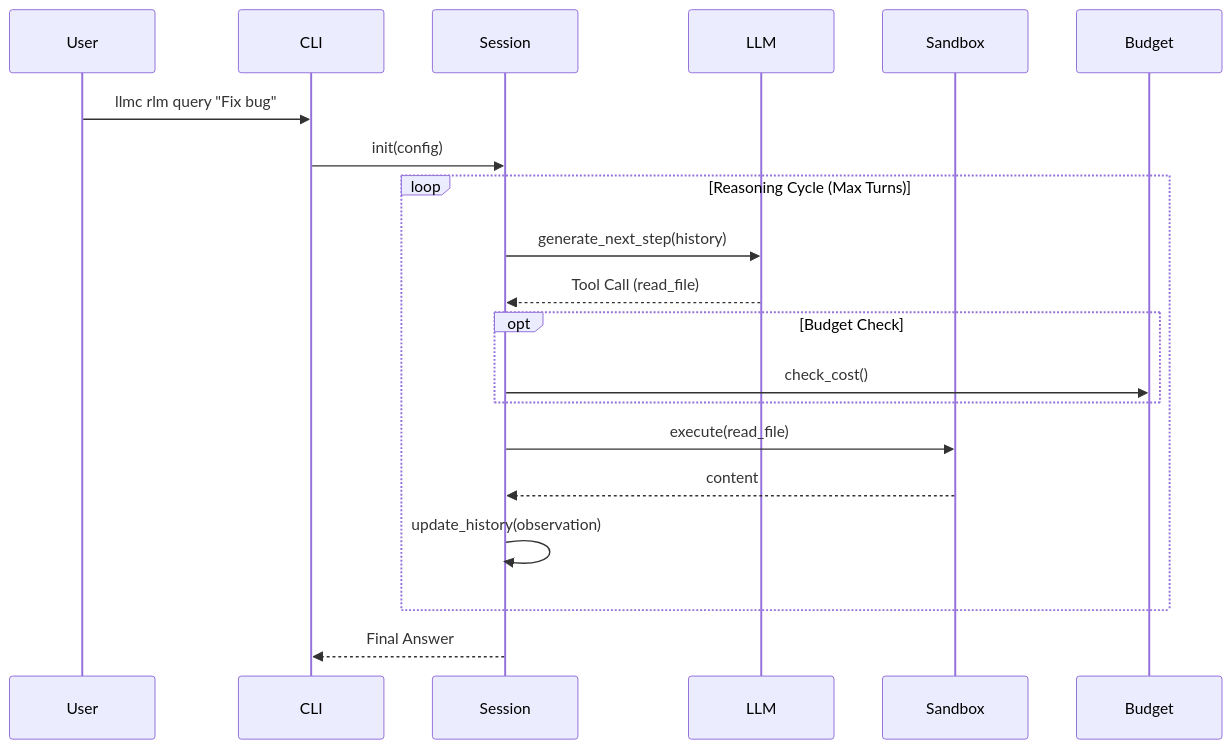
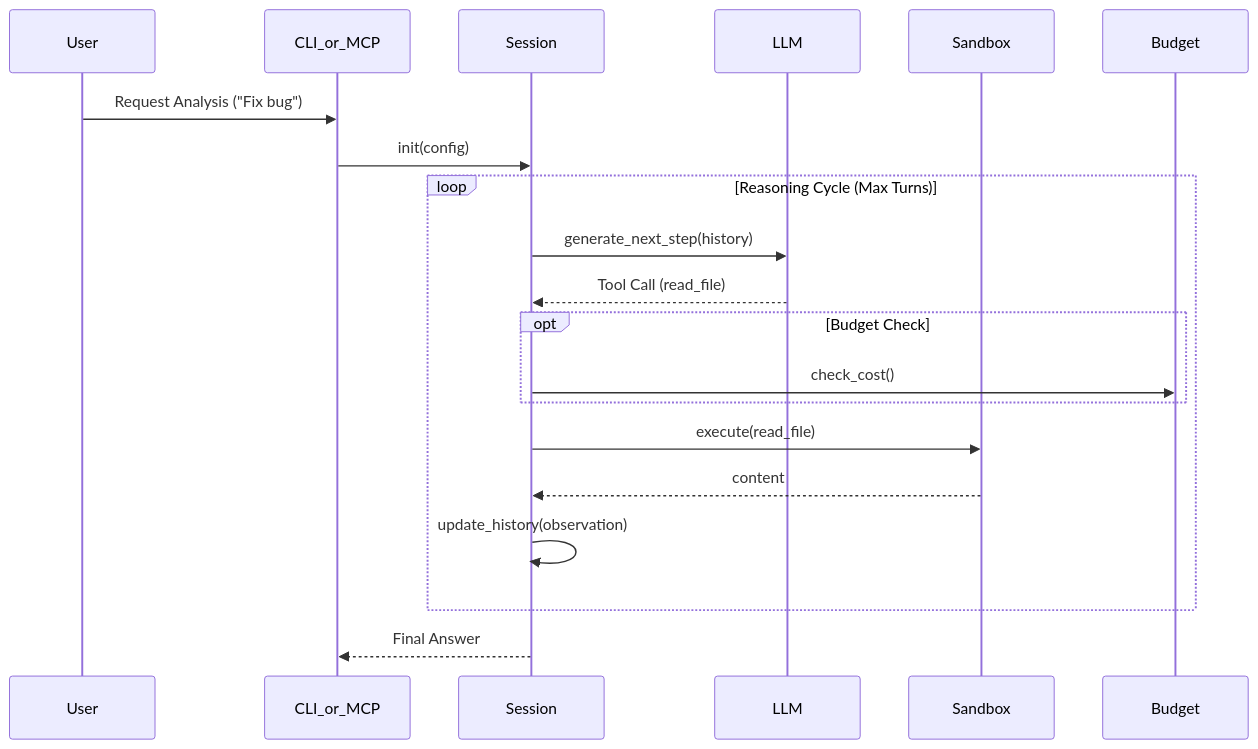
Before and after one commit to vmlinuzx/llmc: the diagram in DOCS/architecture/RLM_Architecture.md, drawn with Mermaid. The commit also changed other lines of this file and 133 other files, not shown here.

````diff
--- a/DOCS/architecture/RLM_Architecture.md
+++ b/DOCS/architecture/RLM_Architecture.md
@@ -41,27 +41,27 @@
 ```mermaid
 sequenceDiagram
     participant User
-    participant CLI
+    participant CLI_or_MCP
     participant Session
     participant LLM
     participant Sandbox
     
-    User->>CLI: llmc rlm query "Fix bug"
-    CLI->>Session: init(config)
+    User->>CLI_or_MCP: Request Analysis ("Fix bug")
+    CLI_or_MCP->>Session: init(config)
     
     loop Reasoning Cycle (Max Turns)
         Session->>LLM: generate_next_step(history)
         LLM-->>Session: Tool Call (read_file)
         
         opt Budget Check
             Session->>Budget: check_cost()
         end
         
         Session->>Sandbox: execute(read_file)
         Sandbox-->>Session: content
         
         Session->>Session: update_history(observation)
     end
     
-    Session-->>CLI: Final Answer
+    Session-->>CLI_or_MCP: Final Answer
 ```
````
